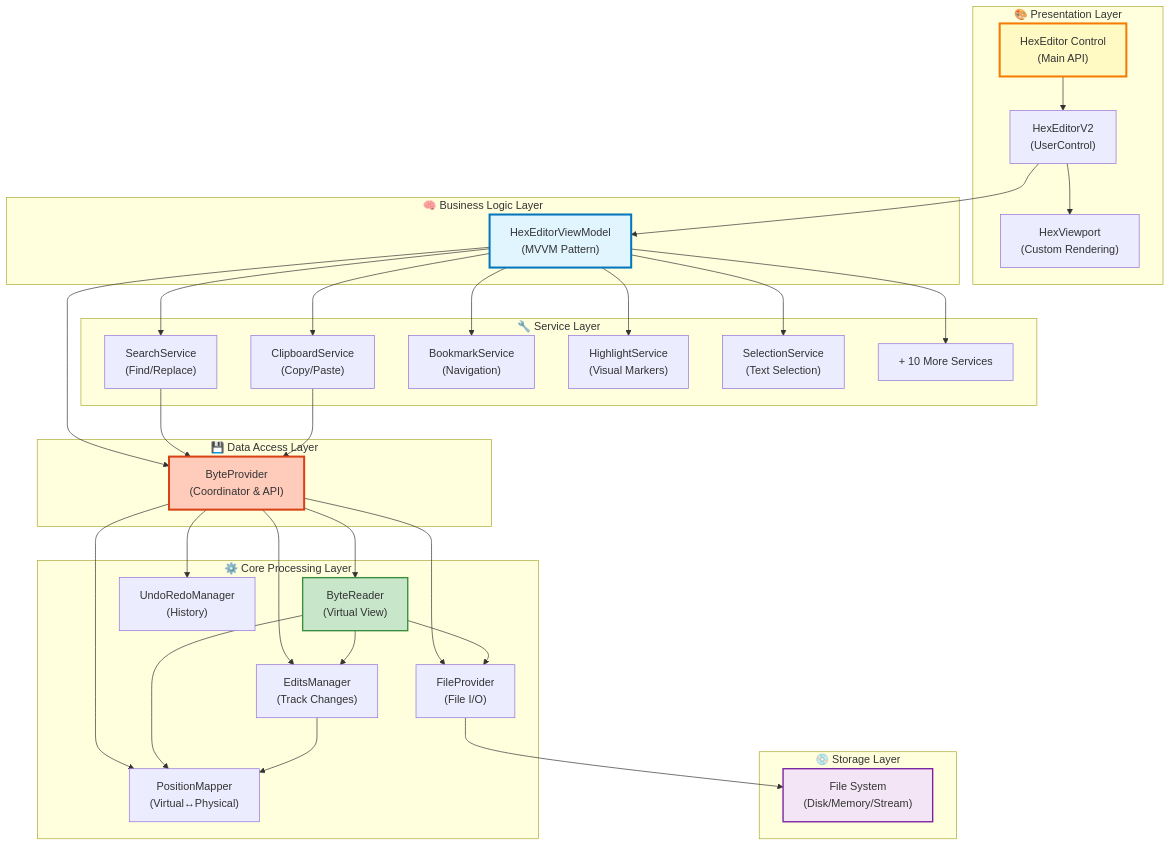
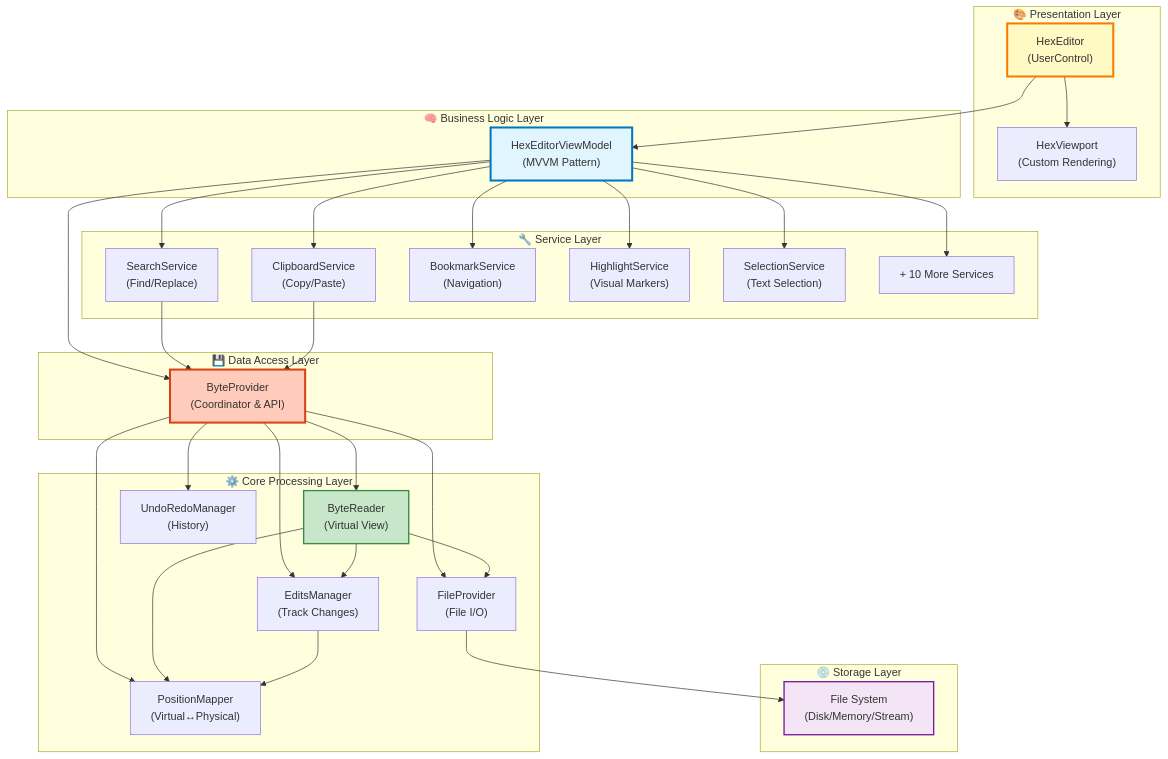
The first of 5 diagrams in docs/architecture/Overview.md (abbaye/WpfHexEditorIDE), drawn with Mermaid before and after one commit. The commit also changed other lines of this file and 7 other files, not shown here.

First line of the commit message:
docs: fix incorrect HexEditorV2 class references (108 corrections)

````diff
--- a/docs/architecture/Overview.md
+++ b/docs/architecture/Overview.md
@@ -77,72 +77,71 @@
 ```mermaid
 graph TB
     subgraph "🎨 Presentation Layer"
         HexEditor["HexEditor Control<br/>(Main API)"]
-        HexEditorV2["HexEditorV2<br/>(UserControl)"]
+        HexEditor["HexEditor<br/>(UserControl)"]
         HexViewport["HexViewport<br/>(Custom Rendering)"]
     end
 
     subgraph "🧠 Business Logic Layer"
         ViewModel["HexEditorViewModel<br/>(MVVM Pattern)"]
     end
 
     subgraph "🔧 Service Layer"
         SearchService["SearchService<br/>(Find/Replace)"]
         ClipboardService["ClipboardService<br/>(Copy/Paste)"]
         BookmarkService["BookmarkService<br/>(Navigation)"]
         HighlightService["HighlightService<br/>(Visual Markers)"]
         SelectionService["SelectionService<br/>(Text Selection)"]
         Others["+ 10 More Services"]
     end
 
     subgraph "💾 Data Access Layer"
         ByteProvider["ByteProvider<br/>(Coordinator & API)"]
     end
 
     subgraph "⚙️ Core Processing Layer"
         ByteReader["ByteReader<br/>(Virtual View)"]
         EditsManager["EditsManager<br/>(Track Changes)"]
         PositionMapper["PositionMapper<br/>(Virtual↔Physical)"]
         UndoRedoManager["UndoRedoManager<br/>(History)"]
         FileProvider["FileProvider<br/>(File I/O)"]
     end
 
     subgraph "💿 Storage Layer"
         FileSystem["File System<br/>(Disk/Memory/Stream)"]
     end
 
-    HexEditor --> HexEditorV2
-    HexEditorV2 --> HexViewport
-    HexEditorV2 --> ViewModel
+    HexEditor --> HexViewport
+    HexEditor --> ViewModel
 
     ViewModel --> SearchService
     ViewModel --> ClipboardService
     ViewModel --> BookmarkService
     ViewModel --> HighlightService
     ViewModel --> SelectionService
     ViewModel --> Others
 
     ViewModel --> ByteProvider
     SearchService --> ByteProvider
     ClipboardService --> ByteProvider
 
     ByteProvider --> ByteReader
     ByteProvider --> EditsManager
     ByteProvider --> PositionMapper
     ByteProvider --> UndoRedoManager
     ByteProvider --> FileProvider
 
     ByteReader --> EditsManager
     ByteReader --> PositionMapper
     ByteReader --> FileProvider
 
     EditsManager --> PositionMapper
 
     FileProvider --> FileSystem
 
     style HexEditor fill:#fff9c4,stroke:#f57c00,stroke-width:3px
     style ViewModel fill:#e1f5ff,stroke:#0277bd,stroke-width:3px
     style ByteProvider fill:#ffccbc,stroke:#d84315,stroke-width:3px
     style ByteReader fill:#c8e6c9,stroke:#388e3c,stroke-width:2px
     style FileSystem fill:#f3e5f5,stroke:#7b1fa2,stroke-width:2px
 ```
````
